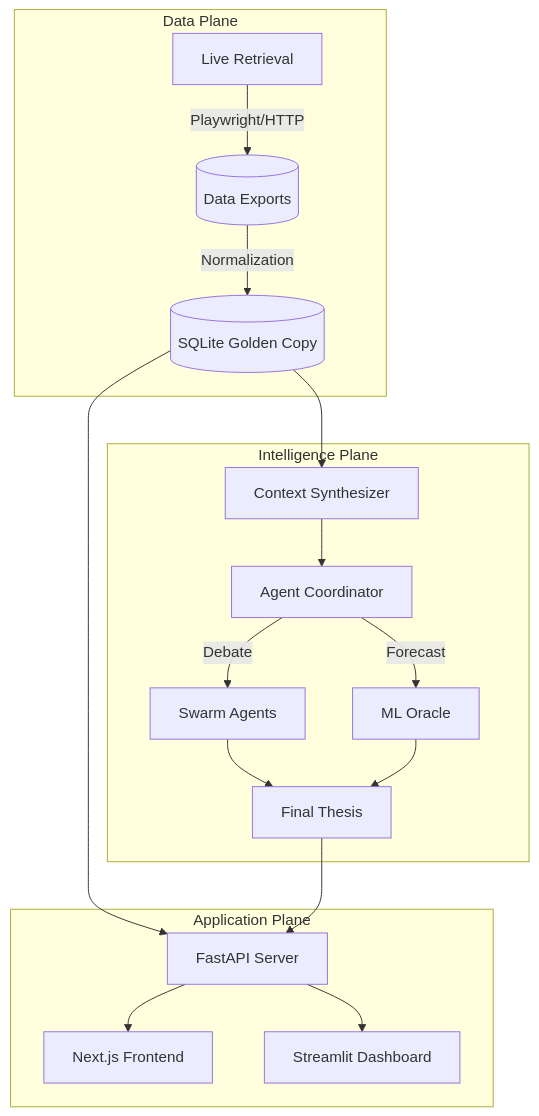
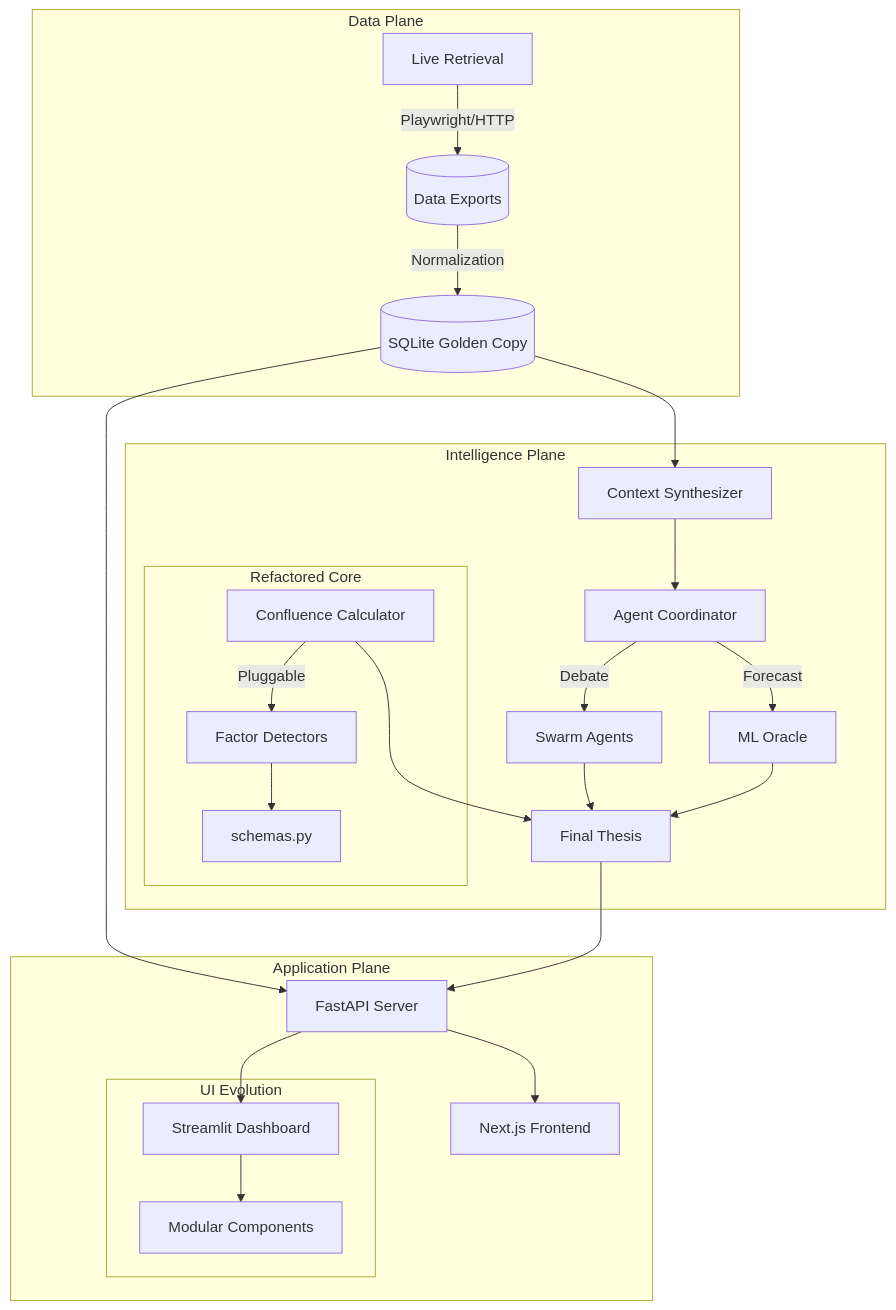
Before and after one commit to JackSmack1971/antigravity-microanalyst: the diagram in README.md, drawn with Mermaid. The commit also changed other lines of this file and 14 other files, not shown here.

Commit message:
refactor(core): modularize confluence calculator and implement portfolio persistence

````diff
--- a/README.md
+++ b/README.md
@@ -16,21 +16,29 @@
 ```mermaid
 flowchart TD
     subgraph "Data Plane"
         R[Live Retrieval] -->|Playwright/HTTP| D[(Data Exports)]
         D -->|Normalization| DB[(SQLite Golden Copy)]
     end
 
     subgraph "Intelligence Plane"
         DB --> C[Context Synthesizer]
         C --> AC[Agent Coordinator]
         AC -->|Debate| S[Swarm Agents]
         AC -->|Forecast| O[ML Oracle]
-        S & O --> T[Final Thesis]
+        
+        subgraph "Refactored Core"
+            CC[Confluence Calculator] -->|Pluggable| FD[Factor Detectors]
+            FD --> SF[schemas.py]
+        end
+        S & O & CC --> T[Final Thesis]
     end
 
     subgraph "Application Plane"
         DB & T --> API[FastAPI Server]
         API --> NXT[Next.js Frontend]
         API --> STM[Streamlit Dashboard]
+        subgraph "UI Evolution"
+            STM --> CMP[Modular Components]
+        end
     end
 ```
````
